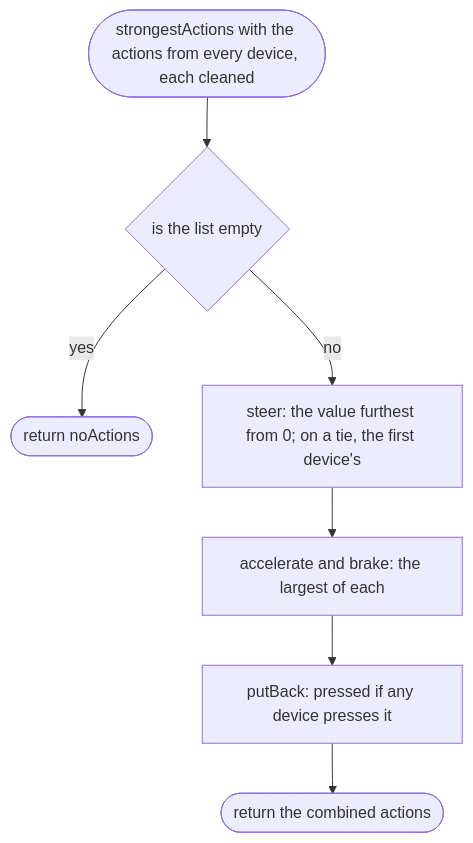
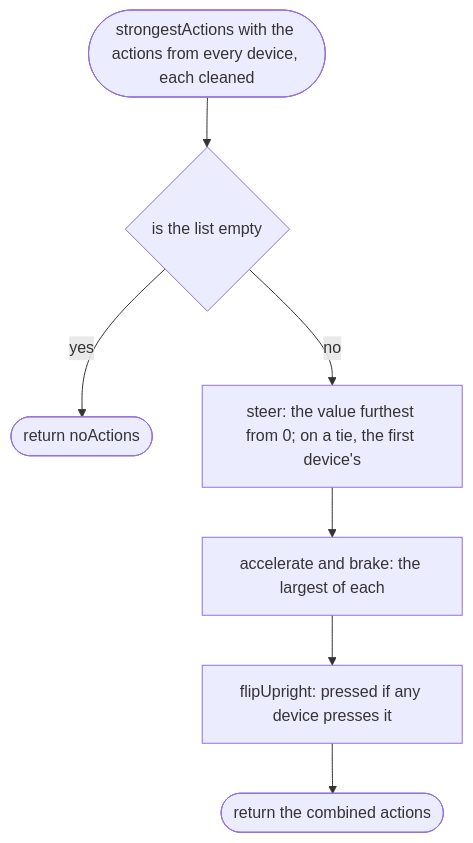
One commit to NewDara-Star/world-engine changed the third of 4 diagrams in docs/designs/src/controls/actions.md. Above: the diagram before and after it, drawn with Mermaid. The commit also changed other lines of this file and 41 other files, not shown here.

````diff
--- a/docs/designs/src/controls/actions.md
+++ b/docs/designs/src/controls/actions.md
@@ -45,13 +50,13 @@
 ```mermaid
 flowchart TD
   s(["strongestActions with the actions from every device, each cleaned"])
   a{"is the list empty"}
   b(["return noActions"])
   c["steer: the value furthest from 0; on a tie, the first device's"]
   d["accelerate and brake: the largest of each"]
-  e["putBack: pressed if any device presses it"]
+  e["flipUpright: pressed if any device presses it"]
   f(["return the combined actions"])
   s --> a
   a -->|"yes"| b
   a -->|"no"| c --> d --> e --> f
 ```
````
